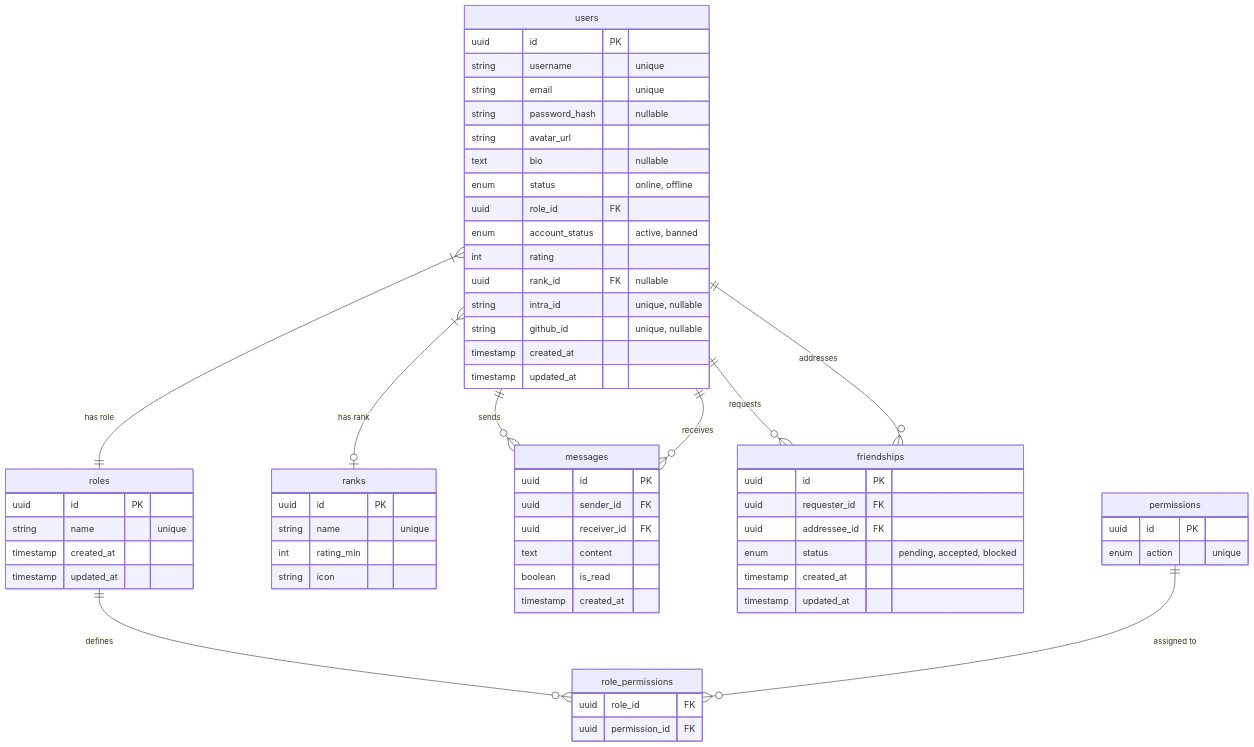
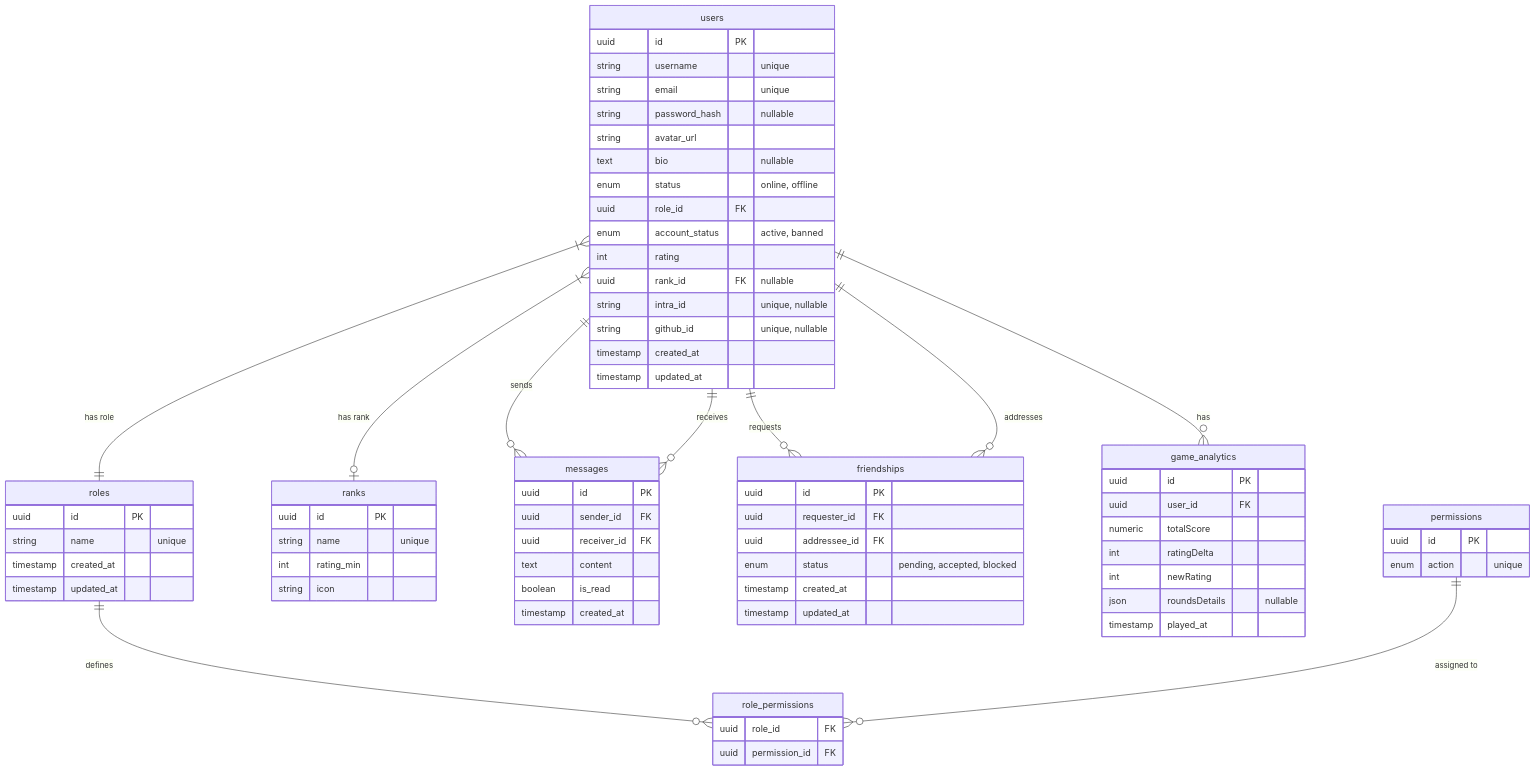
The diagram in README.md (Franky2201/chadscendence), drawn with Mermaid before and after one commit. The commit also changed other lines of this file, not shown here.

````diff
--- a/README.md
+++ b/README.md
@@ -182,6 +182,7 @@
     users ||--o{ messages : "receives"
     users ||--o{ friendships : "requests"
     users ||--o{ friendships : "addresses"
+    users ||--o{ game_analytics : "has"
 
     %% Many-to-Many Relationship via Junction Table
     roles ||--o{ role_permissions : "defines"
@@ -247,4 +248,14 @@
         uuid role_id FK
         uuid permission_id FK
     }
+
+    game_analytics {
+        uuid id PK
+        uuid user_id FK
+        numeric totalScore
+        int ratingDelta
+        int newRating
+        json roundsDetails "nullable"
+        timestamp played_at
+    }
 ```
````
